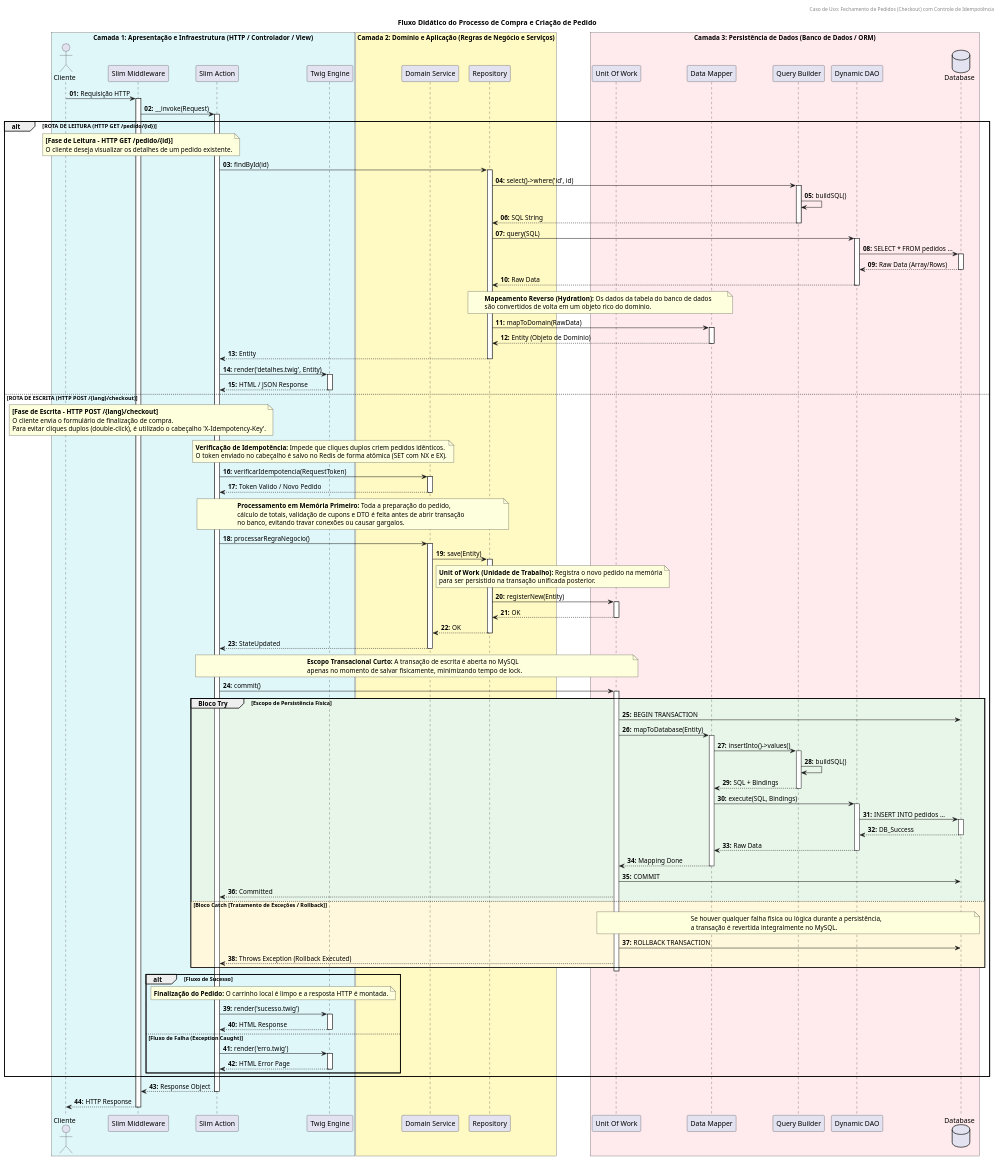
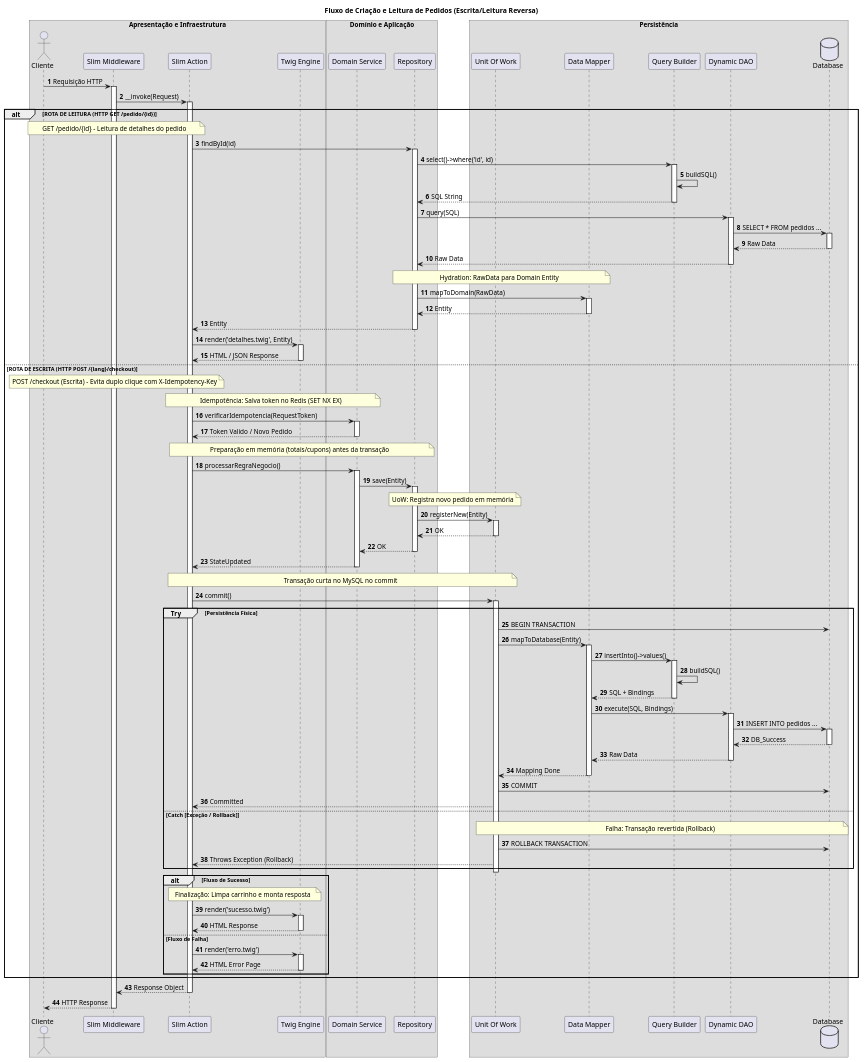
One commit to Wattrelos/Alpha_Engine changed the diagram in docs/architecture/pedido_fluxo_tecnico.puml. Above: the diagram before and after it, drawn with PlantUML. The commit also changed 6 other files, not shown here.

Commit message:
Atualização dos diagramas

```diff
--- a/docs/architecture/pedido_fluxo_tecnico.puml
+++ b/docs/architecture/pedido_fluxo_tecnico.puml
@@ -1,166 +1,142 @@
 @startuml "Fluxo_Completo_Gravacao_e_Leitura_Reversa_Otimizado"
-autonumber "<b>00:"
+autonumber
 
-' --- Nova Sintaxe de Configuração Semântica via CSS ---
-<style>
-sequenceDiagram {
-  ' Substitui o 'skinparam BoxPadding 15' e 'ParticipantPadding 15'
-  box {
-    Padding 15
-  }
-  participant {
-    Padding 15
-  }
-  ' Substitui o 'skinparam MaxMessageSize 250'
-  arrow {
-    MaximumWidth 250
-  }
-  ' Remove o fundo sólido de TODOS os blocos (alt, opt, loop, group) 
-  ' garantindo que as raias/swimlanes nunca fiquem cobertas
-  group {
-    BackgroundColor transparent
-  }
-}
-</style>
+title Fluxo de Criação e Leitura de Pedidos (Escrita/Leitura Reversa)
 
-header "Caso de Uso: Fechamento de Pedidos (Checkout) com Controle de Idempotência"
-title "Fluxo Didático do Processo de Compra e Criação de Pedido"
-
-box "Camada 1: Apresentação e Infraestrutura (HTTP / Controlador / View)" #E0F7FA
+box "Apresentação e Infraestrutura"
     actor "Cliente" as Cliente
     participant "Slim Middleware" as Middleware
     participant "Slim Action" as Action
     participant "Twig Engine" as Twig
 end box
 
-box "Camada 2: Domínio e Aplicação (Regras de Negócio e Serviços)" #FFF9C4
+box "Domínio e Aplicação"
     participant "Domain Service" as Domain
     participant "Repository" as Repo
 end box
 
-box "Camada 3: Persistência de Dados (Banco de Dados / ORM)" #FFEBEE
+box "Persistência"
     participant "Unit Of Work" as UoW
     participant "Data Mapper" as Mapper
     participant "Query Builder" as QB
     participant "Dynamic DAO" as DAO
     database "Database" as DB
 end box
 
-' === INÍCIO DO FLUXO ===
 Cliente -> Middleware : Requisição HTTP
 activate Middleware
     Middleware -> Action : __invoke(Request)
     activate Action
         
     alt ROTA DE LEITURA (HTTP GET /pedido/{id})
-        note over Cliente, Action: **[Fase de Leitura - HTTP GET /pedido/{id}]**\nO cliente deseja visualizar os detalhes de um pedido existente.
+        note over Cliente, Action: GET /pedido/{id} - Leitura de detalhes do pedido
         
         Action -> Repo : findById(id)
         activate Repo
             Repo -> QB : select()->where('id', id)
             activate QB
                 QB -> QB : buildSQL()
                 QB --> Repo : SQL String
             deactivate QB
             
             Repo -> DAO : query(SQL)
             activate DAO
                 DAO -> DB : SELECT * FROM pedidos ...
                 activate DB
-                DB --> DAO : Raw Data (Array/Rows)
+                DB --> DAO : Raw Data
                 deactivate DB
                 DAO --> Repo : Raw Data
             deactivate DAO
             
-            note over Repo, Mapper: **Mapeamento Reverso (Hydration):** Os dados da tabela do banco de dados\nsão convertidos de volta em um objeto rico do domínio.
+            note over Repo, Mapper: Hydration: RawData para Domain Entity
             Repo -> Mapper : mapToDomain(RawData)
             activate Mapper
-                Mapper --> Repo : Entity (Objeto de Domínio)
+                Mapper --> Repo : Entity
             deactivate Mapper
             Repo --> Action : Entity
         deactivate Repo
         
         Action -> Twig : render('detalhes.twig', Entity)
         activate Twig
             Twig --> Action : HTML / JSON Response
         deactivate Twig
         
     else ROTA DE ESCRITA (HTTP POST /{lang}/checkout)
-        note over Cliente, Action: **[Fase de Escrita - HTTP POST /{lang}/checkout]**\nO cliente envia o formulário de finalização de compra.\nPara evitar cliques duplos (double-click), é utilizado o cabeçalho 'X-Idempotency-Key'.
+        note over Cliente, Action: POST /checkout (Escrita) - Evita duplo clique com X-Idempotency-Key
+        note over Action, Domain: Idempotência: Salva token no Redis (SET NX EX)
 
-        note over Action, Domain: **Verificação de Idempotência:** Impede que cliques duplos criem pedidos idênticos.\nO token enviado no cabeçalho é salvo no Redis de forma atômica (SET com NX e EX).
         Action -> Domain : verificarIdempotencia(RequestToken)
         activate Domain
             Domain --> Action : Token Valido / Novo Pedido
         deactivate Domain
 
-        note over Action, Repo: **Processamento em Memória Primeiro:** Toda a preparação do pedido,\ncálculo de totais, validação de cupons e DTO é feita antes de abrir transação\nno banco, evitando travar conexões ou causar gargalos.
+        note over Action, Repo: Preparação em memória (totais/cupons) antes da transação
         Action -> Domain : processarRegraNegocio()
         activate Domain
             Domain -> Repo : save(Entity)
             activate Repo
-                note over Repo, UoW: **Unit of Work (Unidade de Trabalho):** Registra o novo pedido na memória\npara ser persistido na transação unificada posterior.
+                note over Repo, UoW: UoW: Registra novo pedido em memória
                 Repo -> UoW : registerNew(Entity)
                 activate UoW
                     UoW --> Repo : OK
                 deactivate UoW
                 Repo --> Domain : OK
             deactivate Repo
             Domain --> Action : StateUpdated
         deactivate Domain
         
-        note over Action, UoW: **Escopo Transacional Curto:** A transação de escrita é aberta no MySQL\napenas no momento de salvar fisicamente, minimizando tempo de lock.
+        note over Action, UoW: Transação curta no MySQL no commit
         Action -> UoW : commit()
         activate UoW
             
-            group #E8F5E9 Bloco Try [Escopo de Persistência Física]
+            group Try [Persistência Física]
                 UoW -> DB : BEGIN TRANSACTION
                 
                 UoW -> Mapper : mapToDatabase(Entity)
                 activate Mapper
                     Mapper -> QB : insertInto()->values()
                     activate QB
                         QB -> QB : buildSQL()
                         QB --> Mapper : SQL + Bindings
                     deactivate QB
                     
                     Mapper -> DAO : execute(SQL, Bindings)
                     activate DAO
                         DAO -> DB : INSERT INTO pedidos ...
                         activate DB
                         DB --> DAO : DB_Success
                         deactivate DB
                         DAO --> Mapper : Raw Data
                     deactivate DAO
                     Mapper --> UoW : Mapping Done
                 deactivate Mapper
                 
                 UoW -> DB : COMMIT
                 UoW --> Action : Committed
                 
-            else #FFF8DC Bloco Catch [Tratamento de Exceções / Rollback]
-                note over UoW, DB: Se houver qualquer falha física ou lógica durante a persistência,\na transação é revertida integralmente no MySQL.
+            else Catch [Exceção / Rollback]
+                note over UoW, DB: Falha: Transação revertida (Rollback)
                 UoW -> DB : ROLLBACK TRANSACTION
-                UoW --> Action : Throws Exception (Rollback Executed)
+                UoW --> Action : Throws Exception (Rollback)
             end
         deactivate UoW
 
         alt Fluxo de Sucesso
-            note over Action, Twig: **Finalização do Pedido:** O carrinho local é limpo e a resposta HTTP é montada.
+            note over Action, Twig: Finalização: Limpa carrinho e monta resposta
             Action -> Twig : render('sucesso.twig')
             activate Twig
                 Twig --> Action : HTML Response
             deactivate Twig
-        else Fluxo de Falha (Exception Caught)
+        else Fluxo de Falha
             Action -> Twig : render('erro.twig')
             activate Twig
                 Twig --> Action : HTML Error Page
             deactivate Twig
         end
     end
 
     Action --> Middleware : Response Object
     deactivate Action
     Middleware --> Cliente : HTTP Response
 deactivate Middleware
 @enduml
```
